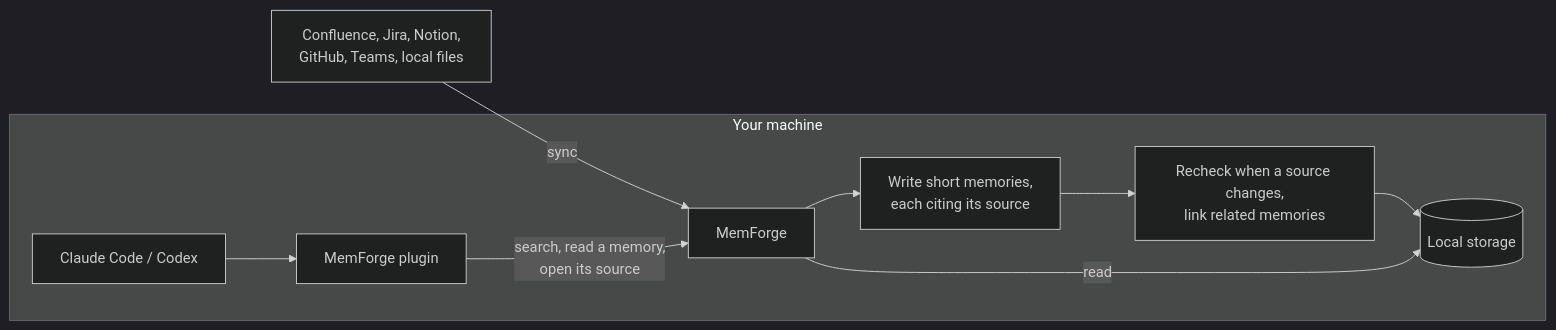
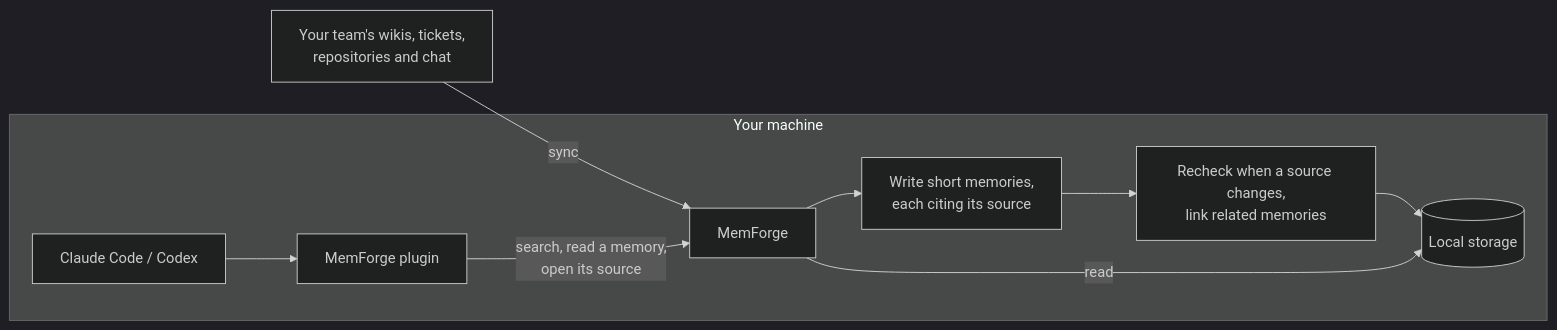
The diagram in README.md (dodo-labs-ai/mem-forge), drawn with Mermaid (dark theme) before and after one commit. The commit also changed other lines of this file and 3 other files, not shown here.

````diff
--- a/README.md
+++ b/README.md
@@ -132,18 +133,18 @@
 ```mermaid
 flowchart LR
   subgraph You["Your machine"]
     CC["Claude Code / Codex"]
     Plugin["MemForge plugin"]
     API["MemForge"]
     Extract["Write short memories,<br/>each citing its source"]
     Recheck["Recheck when a source changes,<br/>link related memories"]
     Store[("Local storage")]
   end
-  Docs["Confluence, Jira, Notion,<br/>GitHub, Teams, local files"]
+  Docs["Your team's wikis, tickets,<br/>repositories and chat"]
 
   CC --> Plugin
   Docs -- "sync" --> API
   API --> Extract --> Recheck --> Store
   Plugin -- "search, read a memory,<br/>open its source" --> API
   API -- "read" --> Store
 ```
````
